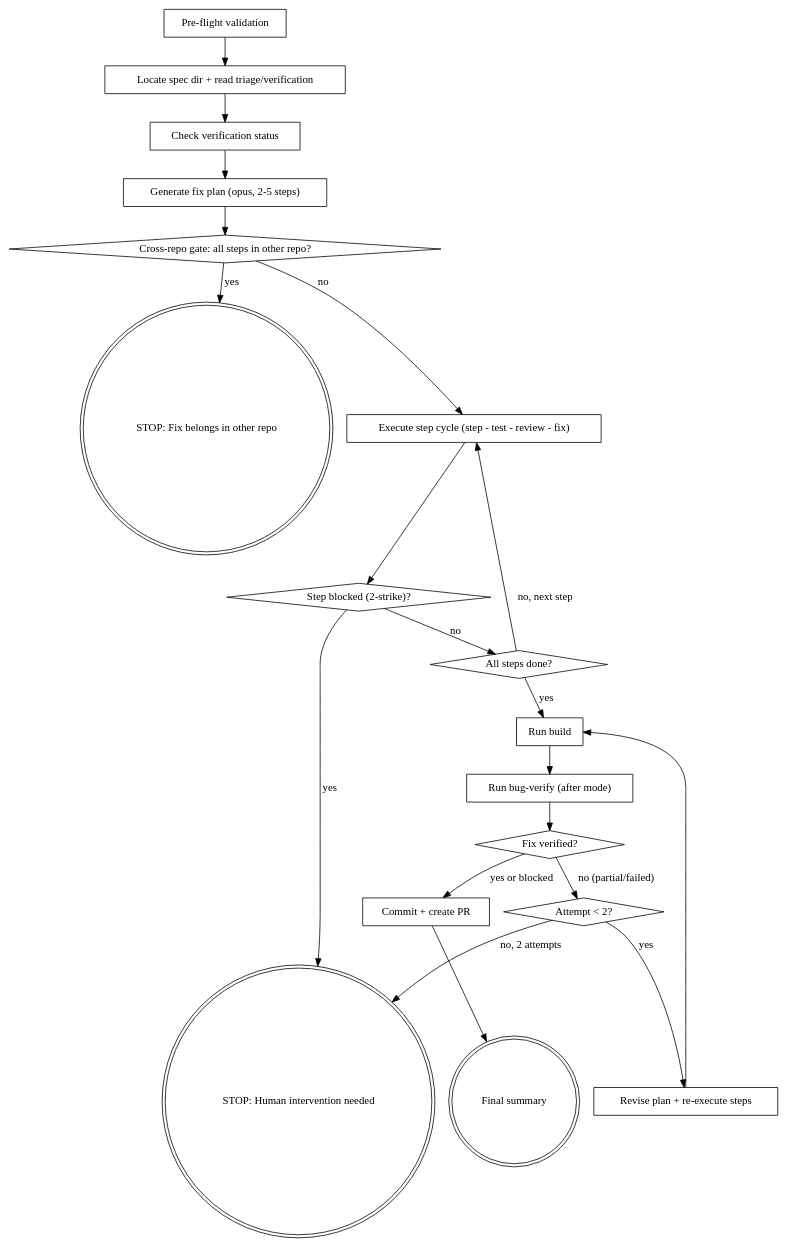
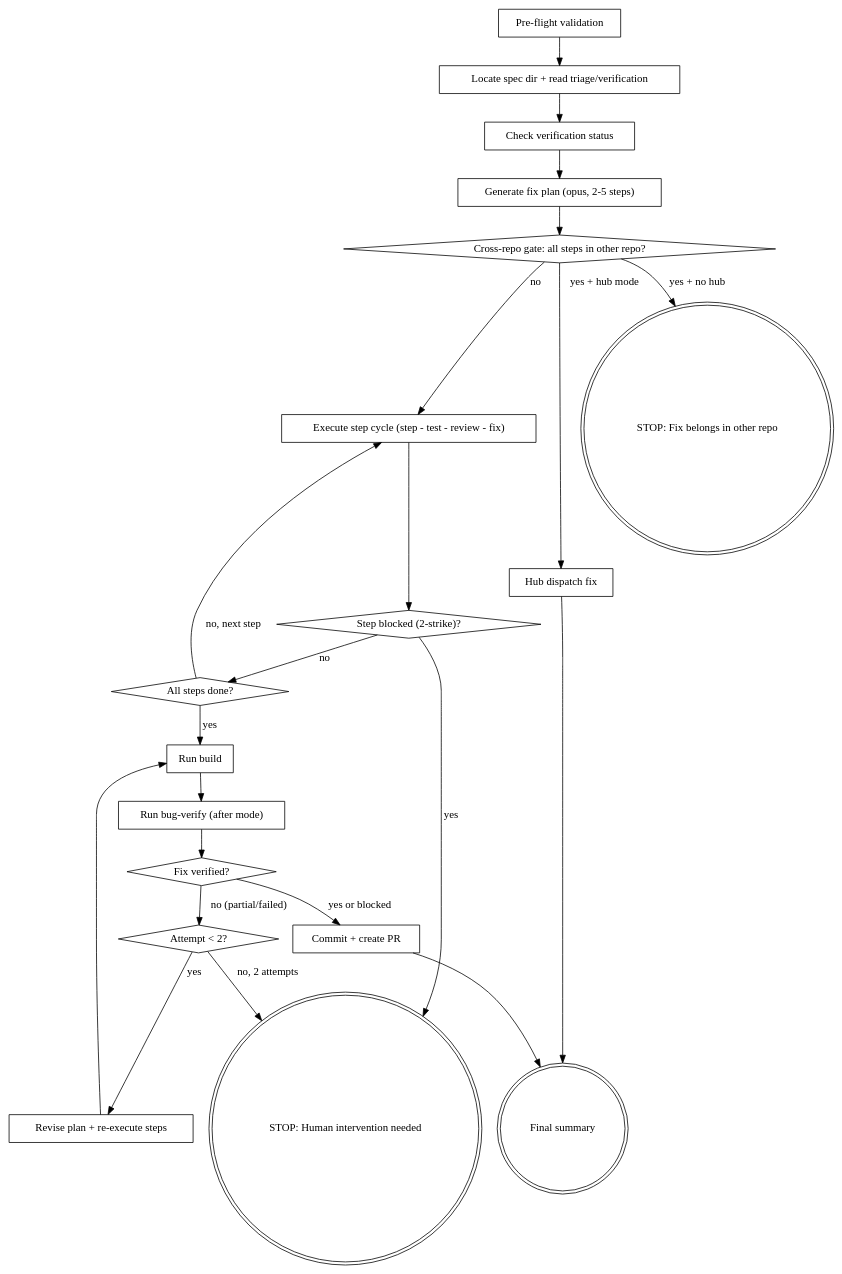
The diagram in plugins/dx-core/skills/dx-bug-fix/SKILL.md (easingthemes/dx-aem-flow), drawn with Graphviz before and after one commit. The commit also changed other lines of this file, not shown here.

Commit message:
feat(dx-core): add hub dispatch to dx-bug-fix cross-repo gate

````diff
--- a/plugins/dx-core/skills/dx-bug-fix/SKILL.md
+++ b/plugins/dx-core/skills/dx-bug-fix/SKILL.md
@@ -13,41 +13,44 @@
 ```dot
 digraph bug_fix {
     "Pre-flight validation" [shape=box];
     "Locate spec dir + read triage/verification" [shape=box];
     "Check verification status" [shape=box];
     "Generate fix plan (opus, 2-5 steps)" [shape=box];
     "Cross-repo gate: all steps in other repo?" [shape=diamond];
+    "Hub dispatch fix" [shape=box];
     "STOP: Fix belongs in other repo" [shape=doublecircle];
     "Execute step cycle (step - test - review - fix)" [shape=box];
     "Step blocked (2-strike)?" [shape=diamond];
     "STOP: Human intervention needed" [shape=doublecircle];
     "All steps done?" [shape=diamond];
     "Run build" [shape=box];
     "Run bug-verify (after mode)" [shape=box];
     "Fix verified?" [shape=diamond];
     "Attempt < 2?" [shape=diamond];
     "Revise plan + re-execute steps" [shape=box];
     "Commit + create PR" [shape=box];
     "Final summary" [shape=doublecircle];
 
     "Pre-flight validation" -> "Locate spec dir + read triage/verification";
     "Locate spec dir + read triage/verification" -> "Check verification status";
     "Check verification status" -> "Generate fix plan (opus, 2-5 steps)";
     "Generate fix plan (opus, 2-5 steps)" -> "Cross-repo gate: all steps in other repo?";
-    "Cross-repo gate: all steps in other repo?" -> "STOP: Fix belongs in other repo" [label="yes"];
+    "Cross-repo gate: all steps in other repo?" -> "Hub dispatch fix" [label="yes + hub mode"];
+    "Cross-repo gate: all steps in other repo?" -> "STOP: Fix belongs in other repo" [label="yes + no hub"];
     "Cross-repo gate: all steps in other repo?" -> "Execute step cycle (step - test - review - fix)" [label="no"];
+    "Hub dispatch fix" -> "Final summary";
     "Execute step cycle (step - test - review - fix)" -> "Step blocked (2-strike)?";
     "Step blocked (2-strike)?" -> "STOP: Human intervention needed" [label="yes"];
     "Step blocked (2-strike)?" -> "All steps done?" [label="no"];
     "All steps done?" -> "Execute step cycle (step - test - review - fix)" [label="no, next step"];
     "All steps done?" -> "Run build" [label="yes"];
     "Run build" -> "Run bug-verify (after mode)";
     "Run bug-verify (after mode)" -> "Fix verified?";
     "Fix verified?" -> "Commit + create PR" [label="yes or blocked"];
     "Fix verified?" -> "Attempt < 2?" [label="no (partial/failed)"];
     "Attempt < 2?" -> "Revise plan + re-execute steps" [label="yes"];
     "Attempt < 2?" -> "STOP: Human intervention needed" [label="no, 2 attempts"];
     "Revise plan + re-execute steps" -> "Run build";
     "Commit + create PR" -> "Final summary";
 }
 ```
````
